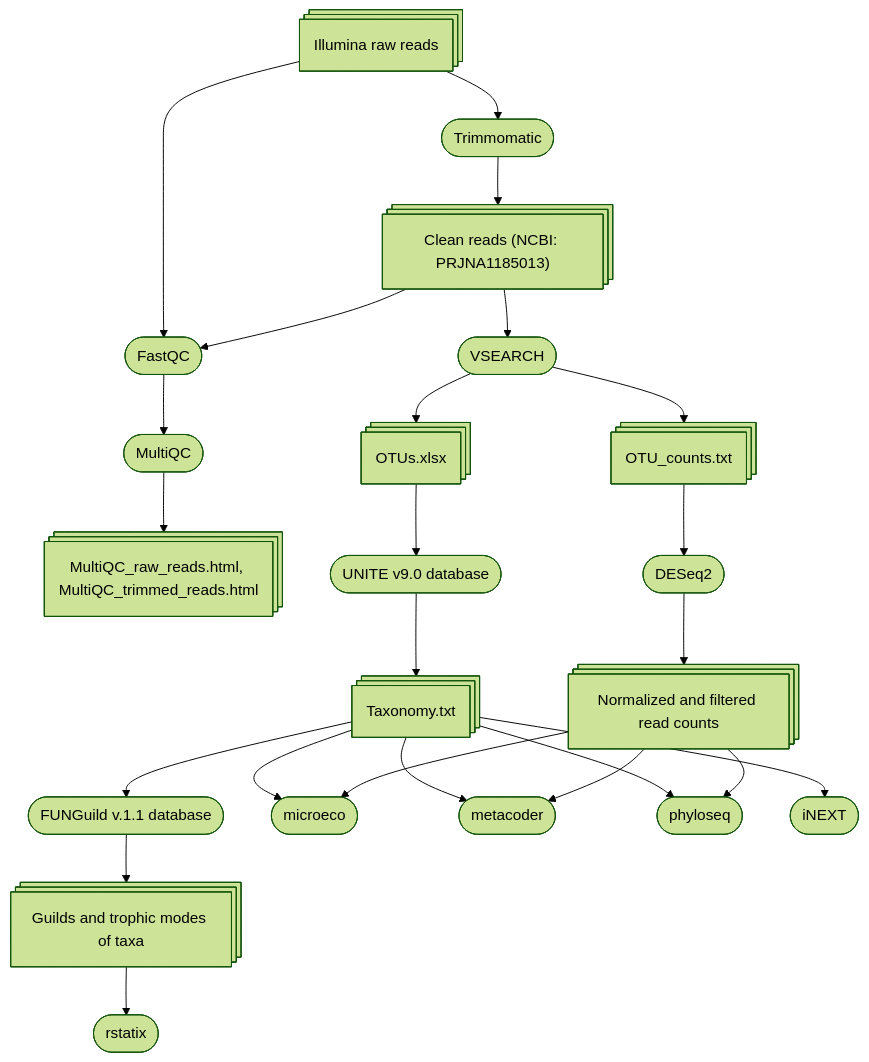
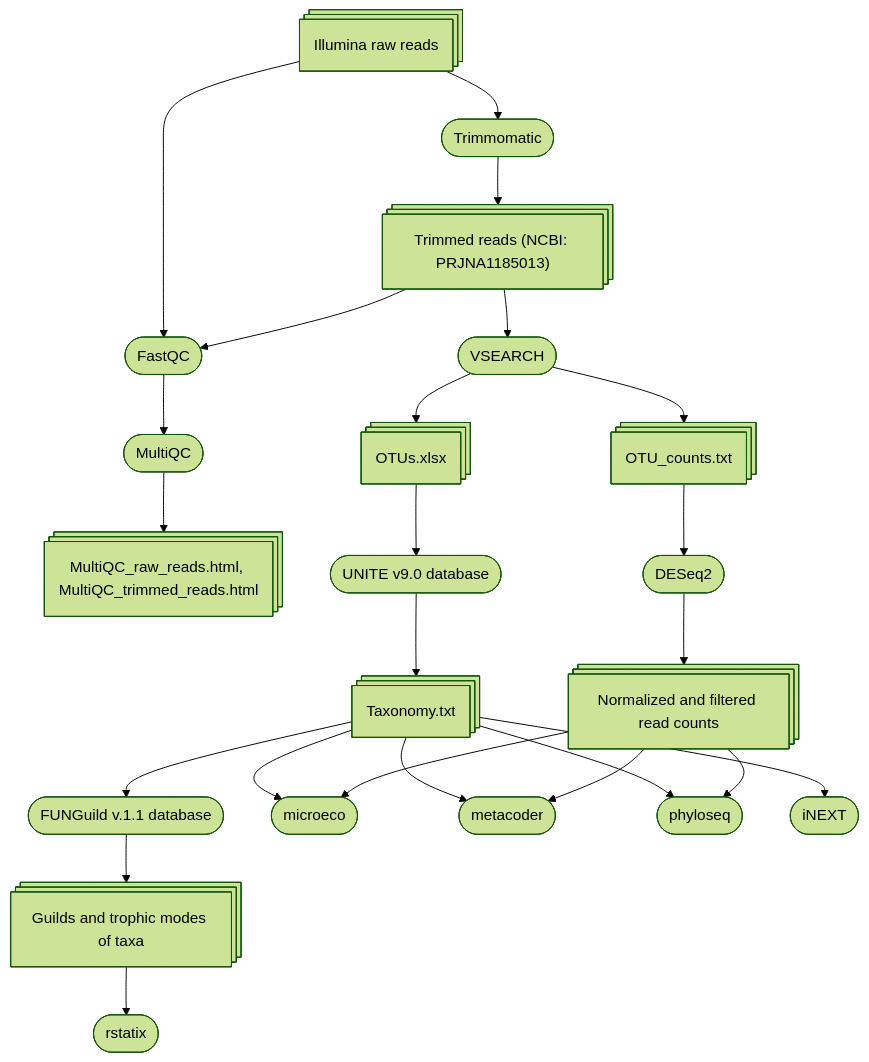
Before and after one commit to kuprinak/lithuania-metabar: the diagram in README.md, drawn with Mermaid (forest theme).

````diff
--- a/README.md
+++ b/README.md
@@ -36,27 +36,27 @@
 ```mermaid
 flowchart TB
     A@{shape: procs, label: "Illumina raw reads"} --> B([Trimmomatic]);
     A --> Fa;
     Fa --> Mu([MultiQC]);
-    B --> C@{shape: procs, label: "Clean reads (NCBI: PRJNA1185013)"};
+    B --> C@{shape: procs, label: "Trimmed reads (NCBI: PRJNA1185013)"};
     C --> Fa([FastQC]);
     Mu --> Mur@{shape: procs, label: "MultiQC_raw_reads.html, MultiQC_trimmed_reads.html"}; 
     C --> V([VSEARCH]);
     V --> OTU@{shape: procs, label: "OTUs.xlsx"};
     V --> CV@{shape: procs, label: "OTU_counts.txt"};
     OTU --> T([UNITE v9.0 database]);
     T --> Ta@{shape: procs, label: "Taxonomy.txt"};
     Ta --> F([FUNGuild v.1.1 database]);
     F --> Gu@{shape: procs, label: "Guilds and trophic modes of taxa"};
     Gu --> rs([rstatix])
     CV --> D([DESeq2]);
     D --> N@{shape: procs, label: "Normalized and filtered read counts"};
     Ta --> Mi;
     Ta --> Me
     Ta --> Ph
     N --> Ph([phyloseq])
      N --> Mi([microeco])
     N --> Me([metacoder])
     Ta --> iN([iNEXT]);
 
 ```
````
